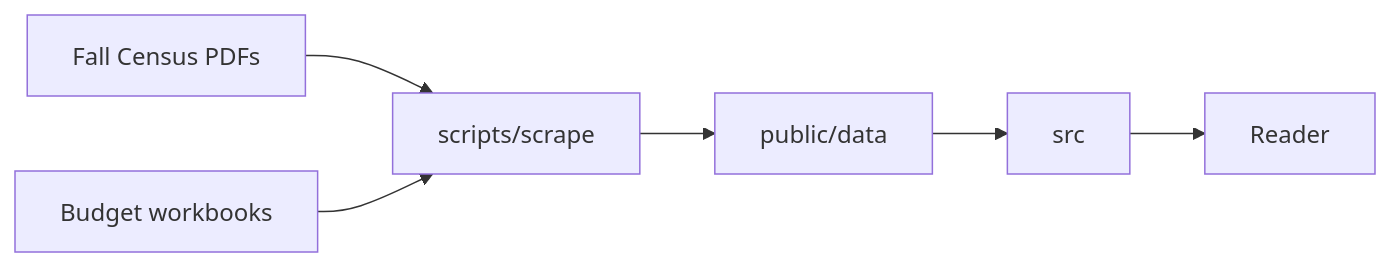
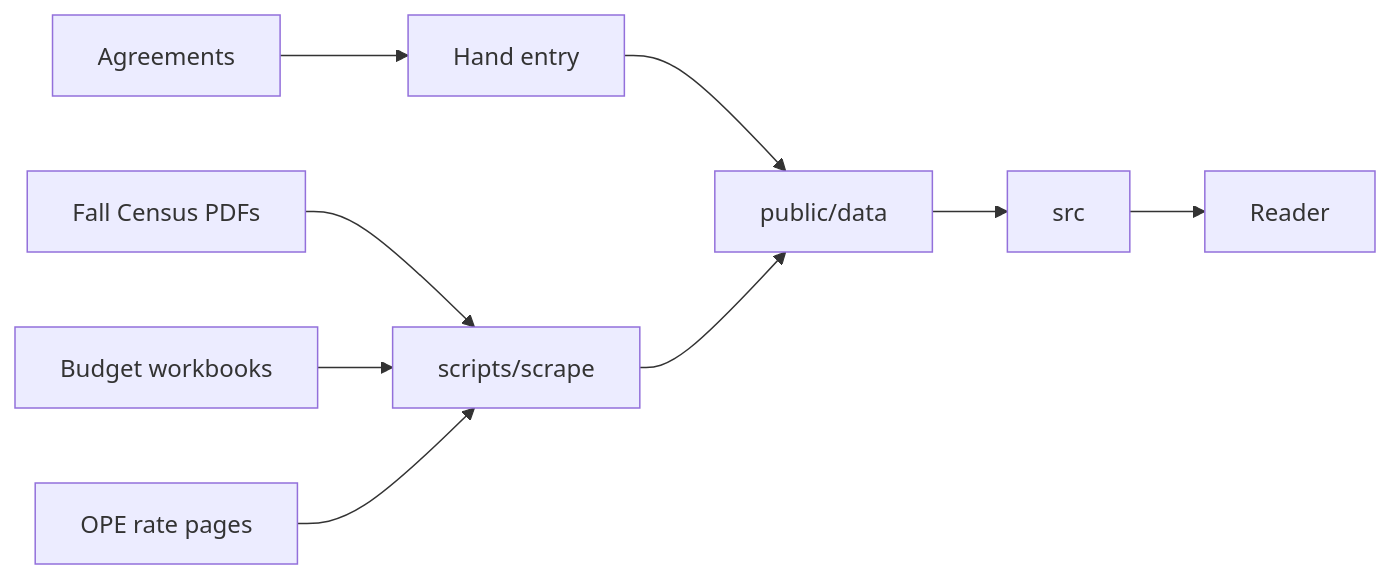
The diagram in ARCHITECTURE.md (uofinancials/uofinancials.github.io), drawn with Mermaid before and after one commit. The commit also changed other lines of this file and 18 other files, not shown here.

Commit message:
feat(data): add BRP OPE rates and cited raise terms (#2)

````diff
--- a/ARCHITECTURE.md
+++ b/ARCHITECTURE.md
@@ -29,8 +40,11 @@
 ```mermaid
 flowchart LR
   pdfs[Fall Census PDFs] --> scrape[scripts/scrape]
   xlsx[Budget workbooks] --> scrape
+  html[OPE rate pages] --> scrape
+  cba[Agreements] --> hand[Hand entry]
+  hand --> json[public/data]
   scrape --> json[public/data]
   json --> site[src]
   site --> reader[Reader]
 ```
````
